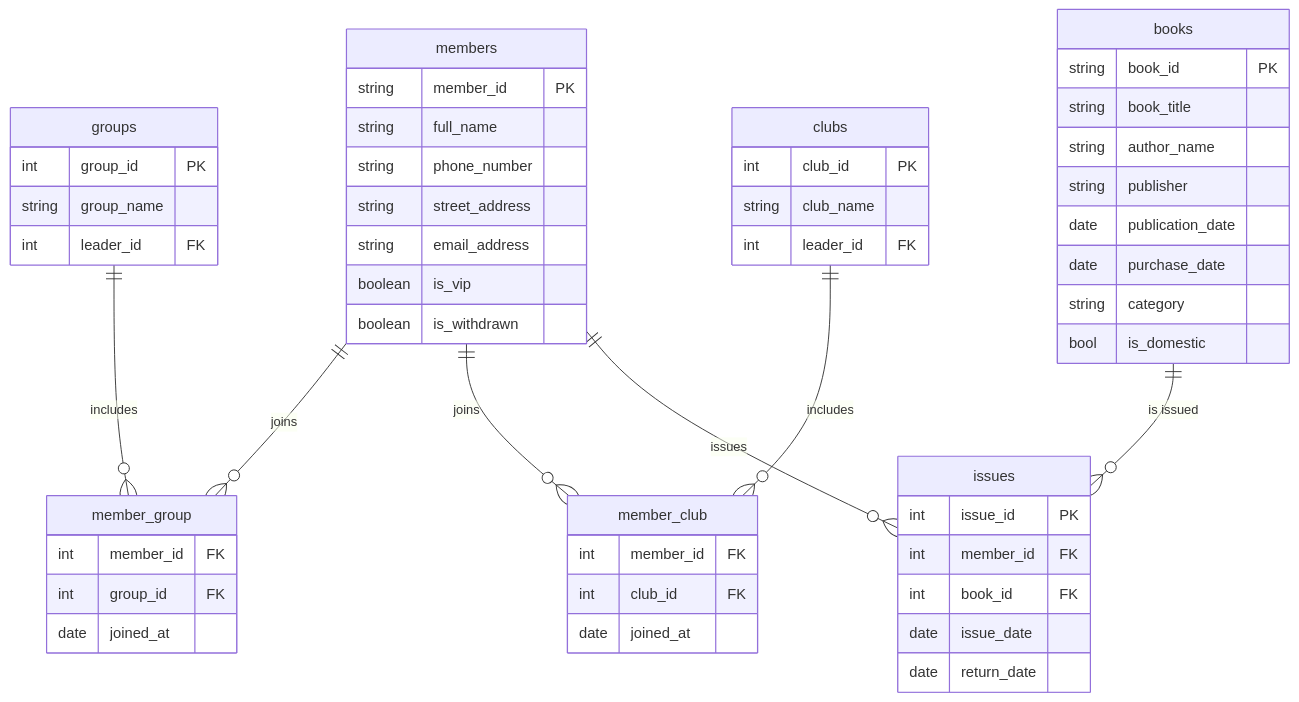
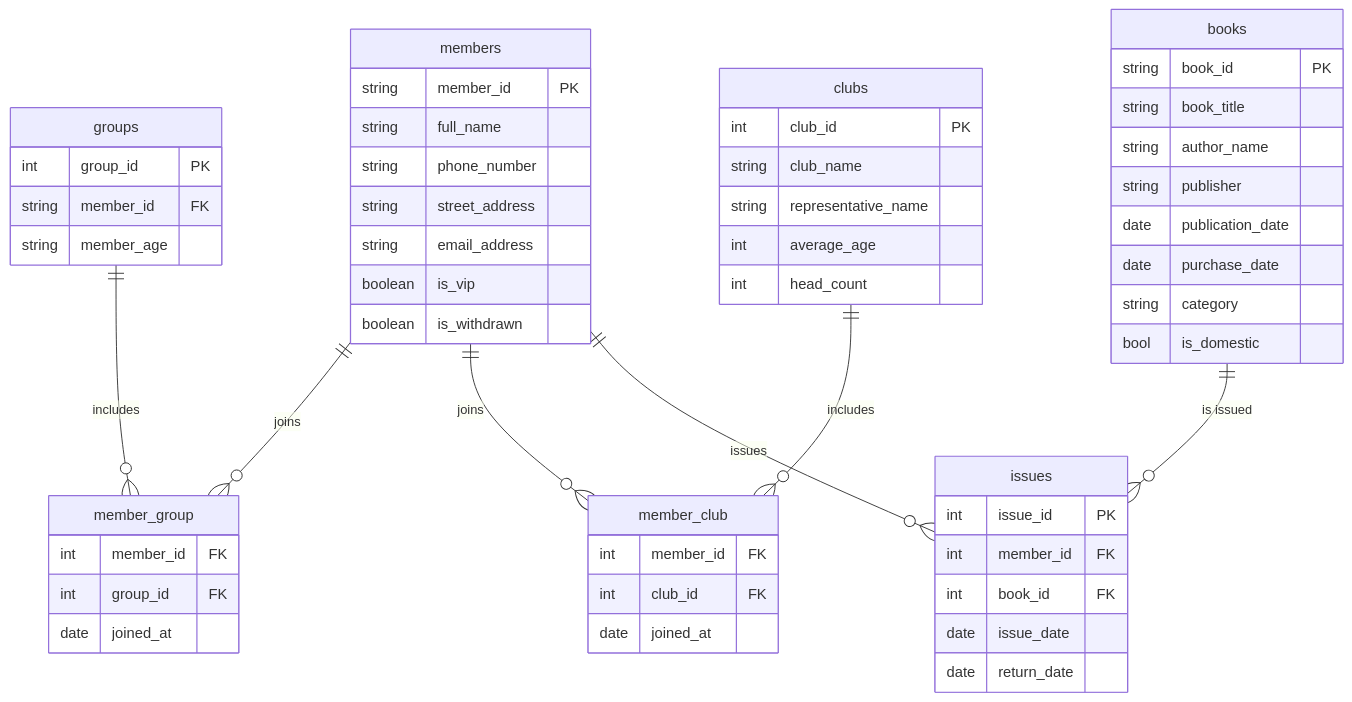
The diagram in README.md (wontothree/library-management-system), drawn with Mermaid before and after one commit. The commit also changed 45 other files, not shown here.

````diff
--- a/README.md
+++ b/README.md
@@ -88,70 +88,72 @@
 ```mermaid
 erDiagram
     %% 멤버 테이블을 정의합니다.
     members {
         string member_id PK
         string full_name
         string phone_number
         string street_address
         string email_address
         boolean is_vip
         boolean is_withdrawn
     }
 
     %% 그룹 테이블을 정의합니다.
     groups {
         int group_id PK
-        string group_name
-        int leader_id FK
+        string member_id FK
+        string member_age
     }
     
     %% 클럽 테이블을 정의합니다.
     clubs {
         int club_id PK
         string club_name
-        int leader_id FK
+        string representative_name
+        int average_age
+        int head_count
     }
 
     %% 멤버-그룹 관계를 정의합니다.
     member_group {
         int member_id FK
         int group_id FK
         date joined_at
     }
 
     %% 멤버-클럽 관계를 정의합니다.
     member_club {
         int member_id FK
         int club_id FK
         date joined_at
     }
 
     %% table books
     books {
         string book_id PK
         string book_title
         string author_name
         string publisher
         date publication_date
         date purchase_date
         string category  
         bool is_domestic
     }
 
     %% issues table
      issues {
         int issue_id PK
         int member_id FK
         int book_id FK
         date issue_date
         date return_date
     }
 
     %% 관계 정의
     members ||--o{ member_group : "joins"
     groups ||--o{ member_group : "includes"
     members ||--o{ member_club : "joins"
     clubs ||--o{ member_club : "includes"
     members ||--o{ issues : "issues"
     books ||--o{ issues : "is issued"
 ```
````
